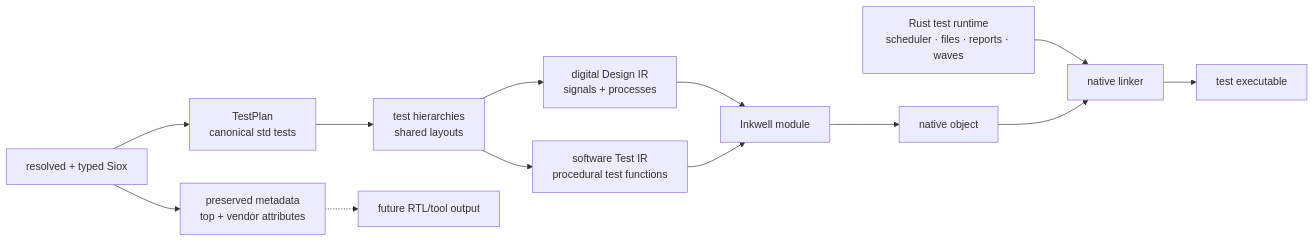
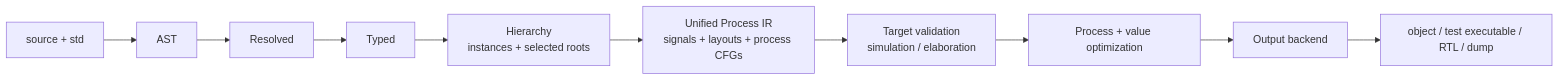
One commit to Siox-lang/sioxc changed the diagram in docs/proposals/testbench-software-ir.md. Above: the diagram before and after it, drawn with Mermaid. The commit also changed other lines of this file and 6 other files, not shown here.

Commit message:
docs: plan unified process pipeline

````diff
--- a/docs/proposals/testbench-software-ir.md
+++ b/docs/proposals/testbench-software-ir.md
@@ -62,15 +30,12 @@
 ```mermaid
 flowchart LR
-    SOURCE["resolved + typed Siox"]
-    SOURCE --> TESTPLAN["TestPlan<br/>canonical std tests"]
-    SOURCE --> META["preserved metadata<br/>top + vendor attributes"]
-    TESTPLAN --> ELAB["test hierarchies<br/>shared layouts"]
-    ELAB --> DESIGN["digital Design IR<br/>signals + processes"]
-    ELAB --> TESTIR["software Test IR<br/>procedural test functions"]
-    DESIGN --> LLVM["Inkwell module"]
-    TESTIR --> LLVM
-    RUNTIME["Rust test runtime<br/>scheduler · files · reports · waves"] --> LINK["native linker"]
-    LLVM --> OBJECT["native object"] --> LINK
-    LINK --> EXE["test executable"]
-    META -.-> OUTPUT["future RTL/tool output"]
+    SOURCE["source + std"] --> AST["AST"]
+    AST --> RESOLVED["Resolved"]
+    RESOLVED --> TYPED["Typed"]
+    TYPED --> ELAB["Hierarchy<br/>instances + selected roots"]
+    ELAB --> PIR["Unified Process IR<br/>signals + layouts + process CFGs"]
+    PIR --> VALIDATE["Target validation<br/>simulation / elaboration"]
+    VALIDATE --> OPT["Process + value optimization"]
+    OPT --> BACKEND["Output backend"]
+    BACKEND --> ARTIFACT["object / test executable / RTL / dump"]
 ```
````
